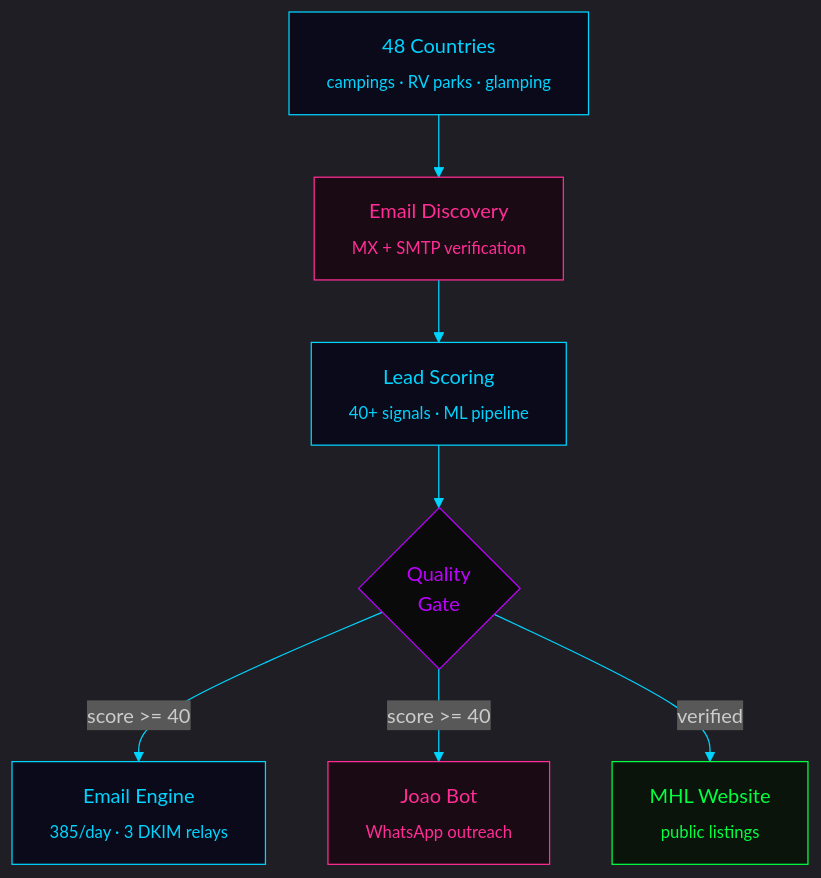
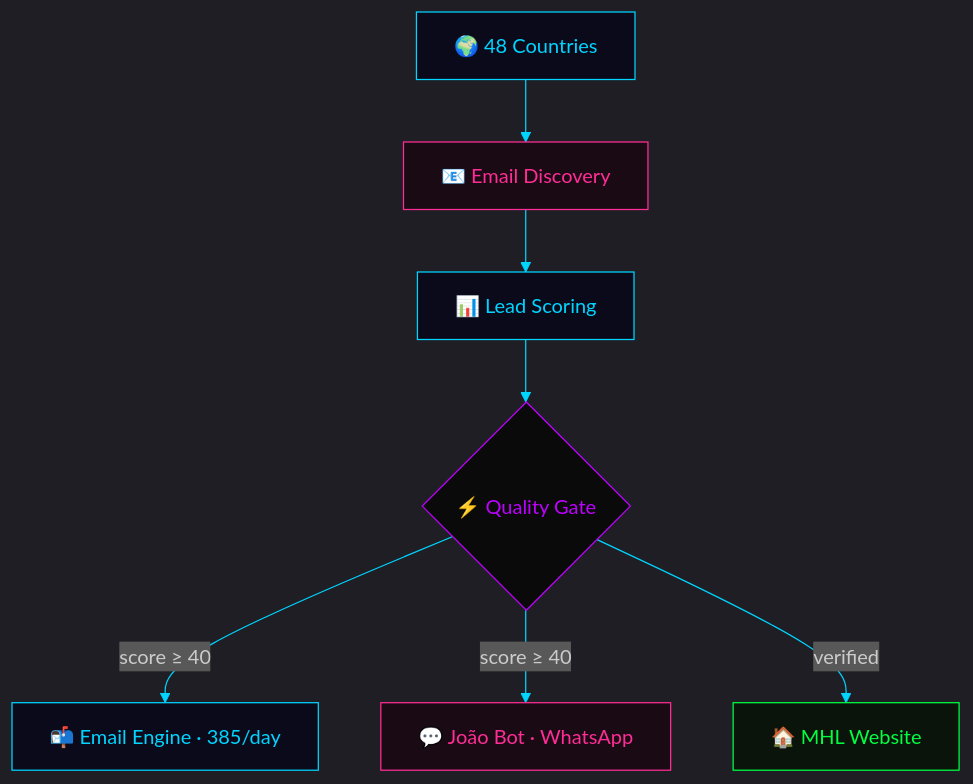
The second of 2 diagrams in README.md (MatheusAgueda/MatheusAgueda), drawn with Mermaid before and after one commit.

Commit message:
fix: simplify Mermaid data pipeline labels (remove sub tags causing render failure)

````diff
--- a/README.md
+++ b/README.md
@@ -198,24 +198,24 @@
 ```mermaid
 %%{init: {'theme': 'dark', 'themeVariables': {
   'primaryColor': '#FF2D95',
   'primaryTextColor': '#cccccc',
   'primaryBorderColor': '#BD00FF',
   'lineColor': '#00D4FF',
   'secondaryColor': '#111122',
   'tertiaryColor': '#0d0d1a'
 }}}%%
 
 flowchart TB
-  SCRAPE["48 Countries<br/><sub>campings · RV parks · glamping</sub>"]:::cyan
-  --> ENRICH["Email Discovery<br/><sub>MX + SMTP verification</sub>"]:::pink
-  --> SCORE["Lead Scoring<br/><sub>40+ signals · ML pipeline</sub>"]:::cyan
-  --> GATE{"Quality<br/>Gate"}:::gate
-  GATE -->|"score >= 40"| SEND["Email Engine<br/><sub>385/day · 3 DKIM relays</sub>"]:::cyan
-  GATE -->|"score >= 40"| WA["Joao Bot<br/><sub>WhatsApp outreach</sub>"]:::pink
-  GATE -->|"verified"| MHL["MHL Website<br/><sub>public listings</sub>"]:::neon
+  SCRAPE["🌍 48 Countries"]:::cyan
+  --> ENRICH["📧 Email Discovery"]:::pink
+  --> SCORE["📊 Lead Scoring"]:::cyan
+  --> GATE{"⚡ Quality Gate"}:::gate
+  GATE -->|"score ≥ 40"| SEND["📬 Email Engine · 385/day"]:::cyan
+  GATE -->|"score ≥ 40"| WA["💬 João Bot · WhatsApp"]:::pink
+  GATE -->|"verified"| MHL["🏠 MHL Website"]:::neon
 
   classDef pink fill:#1a0a14,stroke:#FF2D95,color:#FF2D95
   classDef cyan fill:#0a0a1a,stroke:#00D4FF,color:#00D4FF
   classDef neon fill:#0a140a,stroke:#00ff41,color:#00ff41
   classDef gate fill:#0a0a0a,stroke:#BD00FF,color:#BD00FF
 ```
````
